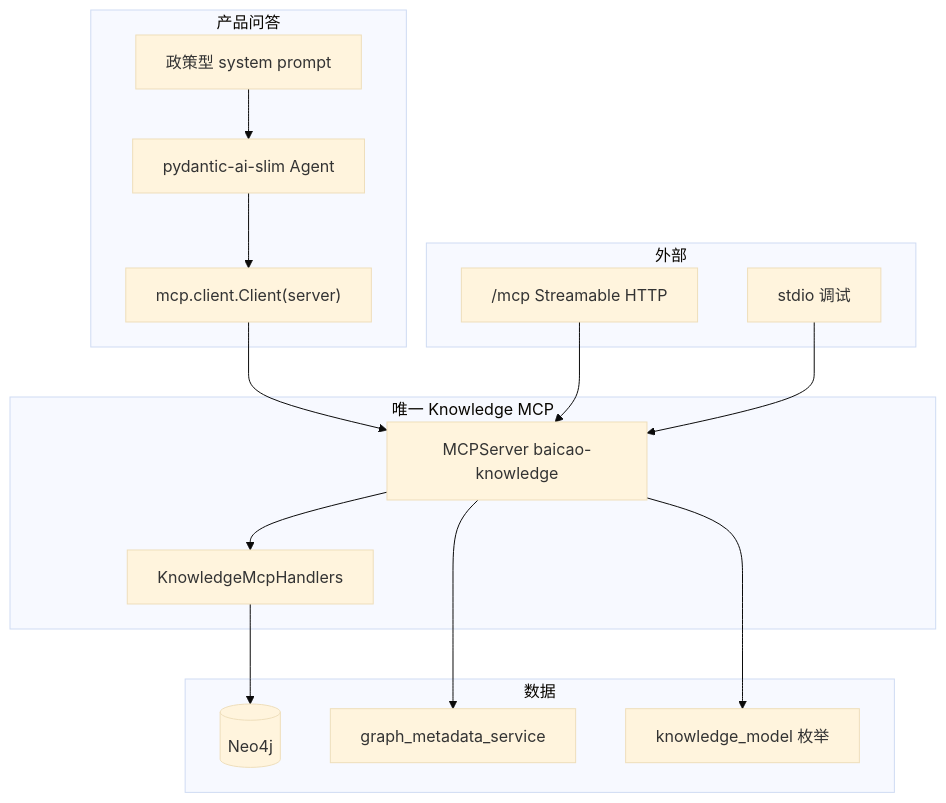
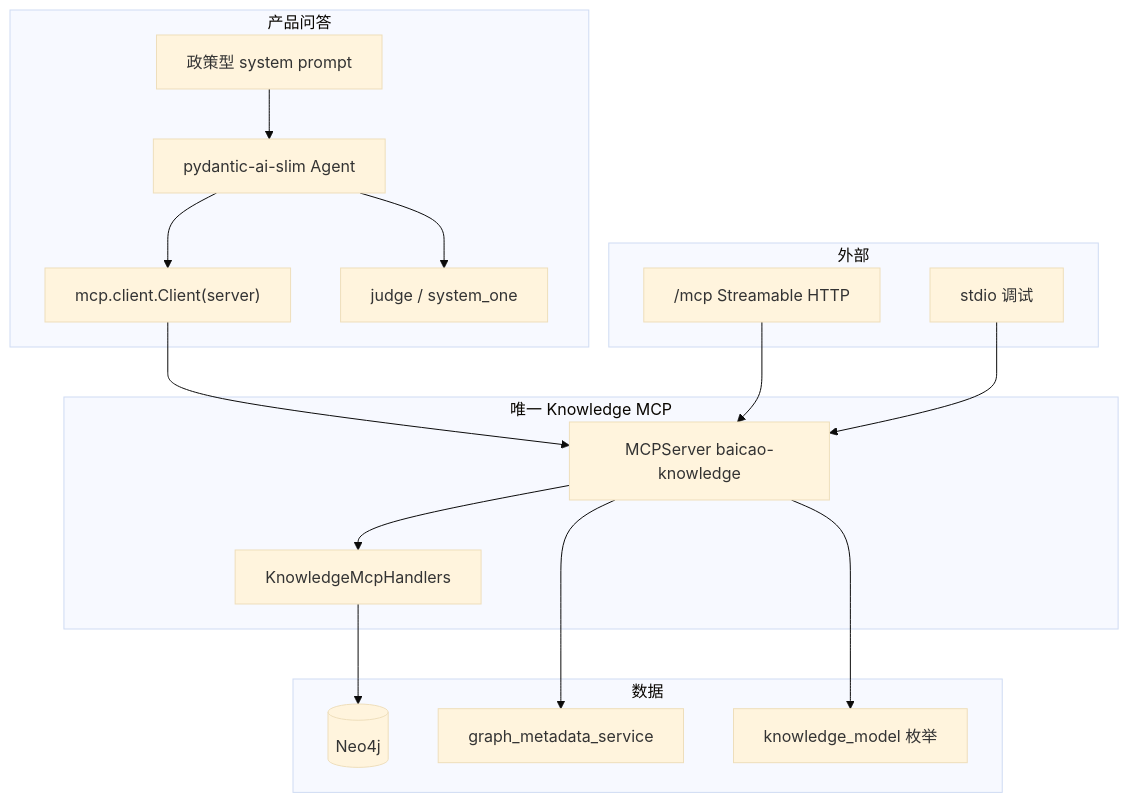
Before and after one commit to ticoAg/BaiCao: the second of 5 diagrams in docs/architecture/chat-agent-mcp.md, drawn with Mermaid (base theme). The commit also changed other lines of this file and 31 other files, not shown here.

````diff
--- a/docs/architecture/chat-agent-mcp.md
+++ b/docs/architecture/chat-agent-mcp.md
@@ -57,34 +64,36 @@
 ```mermaid
 flowchart TB
     subgraph App[产品问答]
         Runtime[pydantic-ai-slim Agent]
         Prompt[政策型 system prompt]
         McpClient["mcp.client.Client(server)"]
+        Judge[judge / system_one]
     end
 
     subgraph OneServer[唯一 Knowledge MCP]
         Server["MCPServer baicao-knowledge"]
         Handlers[KnowledgeMcpHandlers]
     end
 
     subgraph External[外部]
         HttpMount["/mcp Streamable HTTP"]
         Stdio[stdio 调试]
     end
 
     subgraph Data[数据]
         Neo4j[(Neo4j)]
         Meta[graph_metadata_service]
         KM[knowledge_model 枚举]
     end
 
     Runtime --> McpClient
+    Runtime --> Judge
     McpClient --> Server
     Prompt --> Runtime
     HttpMount --> Server
     Stdio --> Server
     Server --> Handlers
     Handlers --> Neo4j
     Server --> KM
     Server --> Meta
 ```
````
